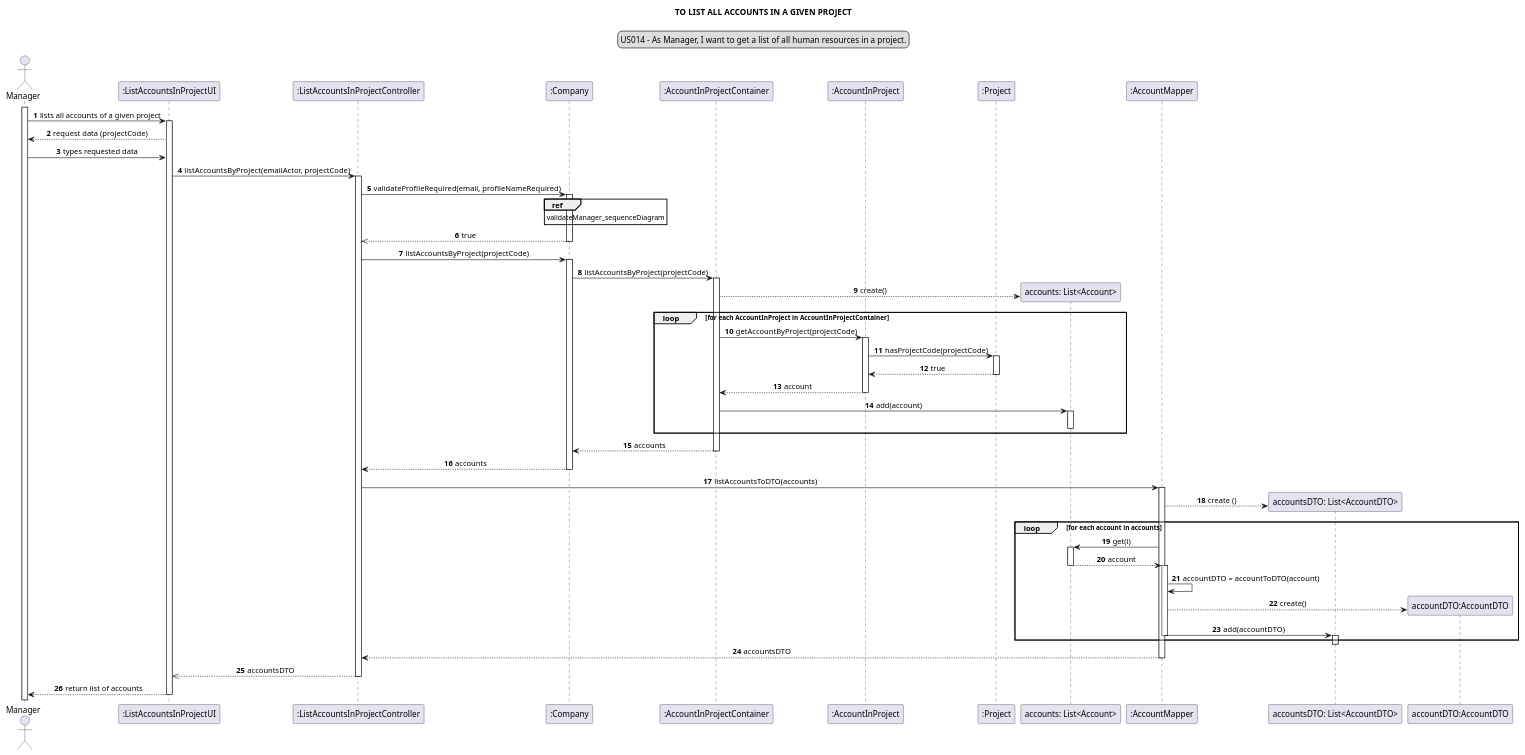
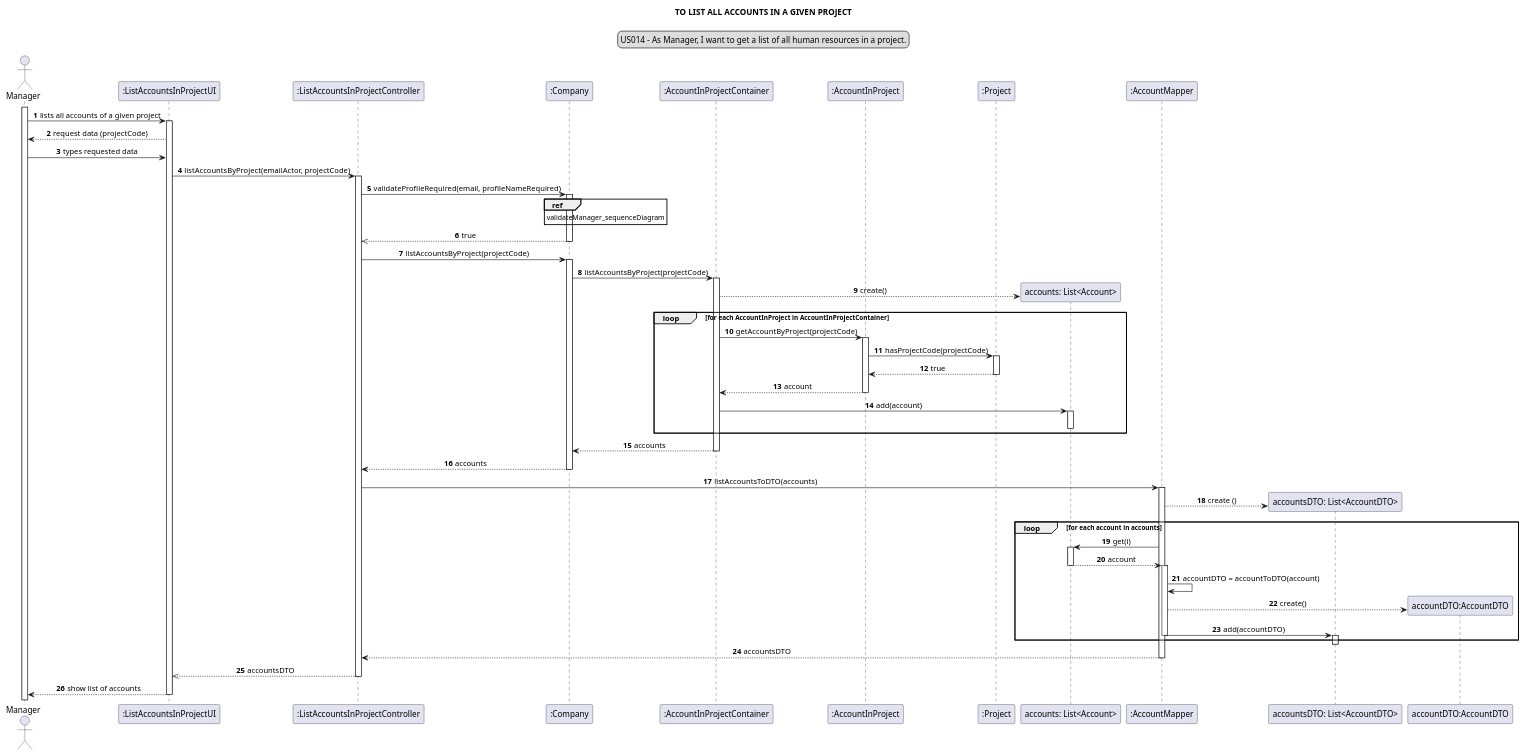
Before and after one commit to Loracline/project_switch_22-23: the diagram in docs/modelling_design/user_stories/sprint02/us014/US014_sequenceDiagram.puml, drawn with PlantUML. The commit also changed 1 other file, not shown here.

Commit message:
US014, US015: Design : refinement of Sequence Diagram

```diff
--- a/docs/modelling_design/user_stories/sprint02/us014/US014_sequenceDiagram.puml
+++ b/docs/modelling_design/user_stories/sprint02/us014/US014_sequenceDiagram.puml
@@ -1,80 +1,80 @@
 @startuml
 skinparam sequenceMessageAlign center
 title TO LIST ALL ACCOUNTS IN A GIVEN PROJECT
 legend top
 US014 - As Manager, I want to get a list of all human resources in a project.
 end legend
 autonumber
 actor Manager
 participant ":ListAccountsInProjectUI" as ui
 participant ":ListAccountsInProjectController" as ct
 participant ":Company" as c
 participant ":AccountInProjectContainer" as cn
 participant ":AccountInProject" as acip
 participant ":Project" as p
 participant "accounts: List<Account>" as list
 participant ":AccountMapper" as mapper
 participant "accountsDTO: List<AccountDTO>" as listacDTO
 participant "accountDTO:AccountDTO" as DTO
 
 
 activate Manager
 Manager -> ui: lists all accounts of a given project
 activate ui
 ui --> Manager: request data (projectCode)
 Manager -> ui: types requested data
 ui -> ct: listAccountsByProject(emailActor, projectCode)
 activate ct
 ct -> c: validateProfileRequired(email, profileNameRequired)
 activate c
 ref over c: validateManager_sequenceDiagram
 c -->> ct: true
 deactivate c
 ct -> c: listAccountsByProject(projectCode)
 activate c
 c -> cn: listAccountsByProject(projectCode)
 activate cn
 create list
 cn --> list :create()
 loop for each AccountInProject in AccountInProjectContainer
 cn -> acip : getAccountByProject(projectCode)
 activate acip
 acip -> p : hasProjectCode(projectCode)
 activate p
 p --> acip : true
 deactivate p
 acip --> cn: account
 deactivate acip
 cn -> list : add(account)
 activate list
 deactivate list
 end loop
 cn --> c : accounts
 deactivate cn
 c --> ct: accounts
 deactivate c
 ct -> mapper: listAccountsToDTO(accounts)
 activate mapper
 create listacDTO
 mapper --> listacDTO: create ()
 loop for each account in accounts
 mapper -> list: get(i)
 activate list
 list --> mapper: account
 deactivate list
 activate mapper
 mapper -> mapper : accountDTO = accountToDTO(account)
 create DTO
 mapper --> DTO : create()
 mapper ->listacDTO :add(accountDTO)
 deactivate mapper
 activate listacDTO
 end loop
 deactivate listacDTO
 mapper --> ct :accountsDTO
 deactivate mapper
 ct -->> ui: accountsDTO
 deactivate ct
-ui --> Manager: return list of accounts
+ui --> Manager: show list of accounts
 deactivate ui
 @enduml
```
